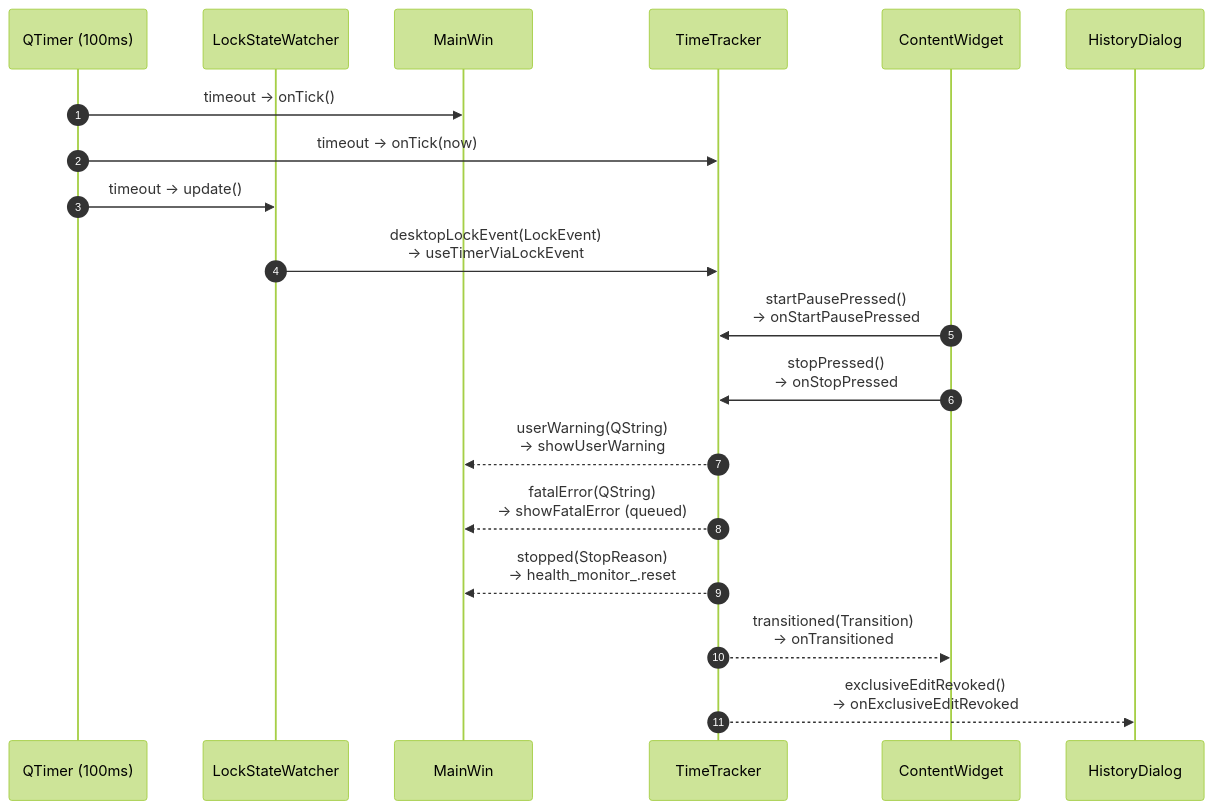
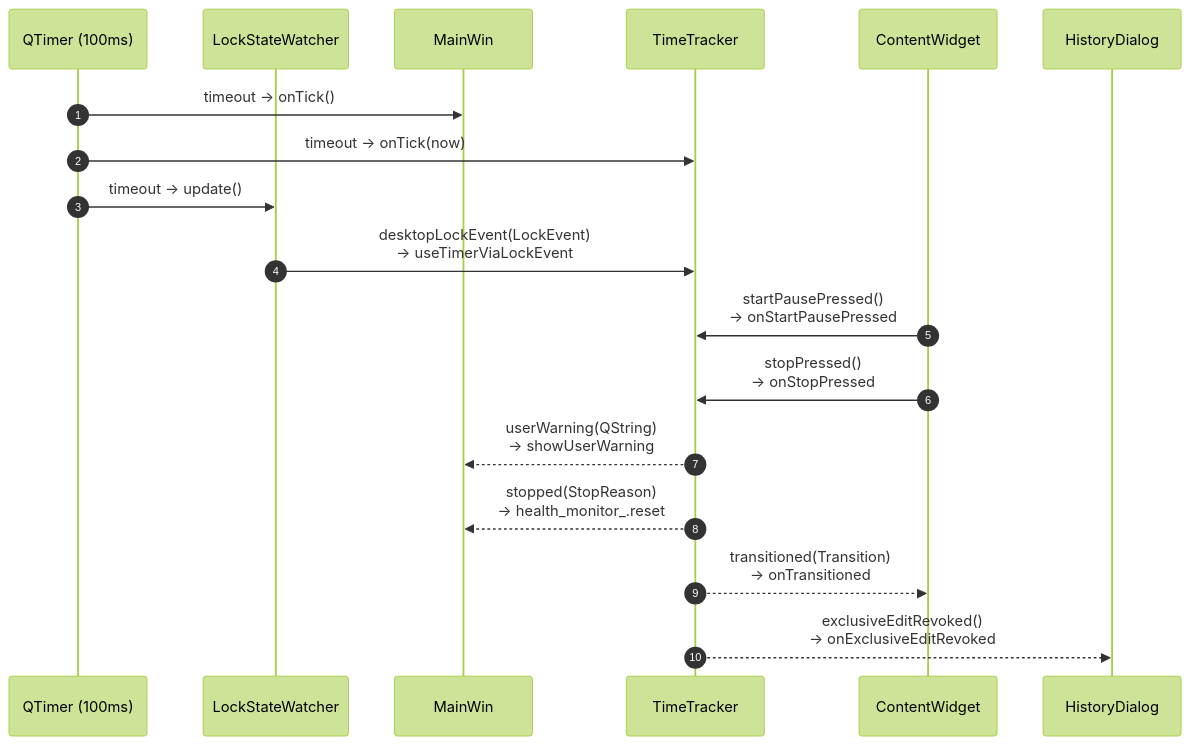
One commit to marifoo/PausePilot changed the second of 2 diagrams in doc/architecture.md. Above: the diagram before and after it, drawn with Mermaid (forest theme). The commit also changed other lines of this file and 16 other files, not shown here.

````diff
--- a/doc/architecture.md
+++ b/doc/architecture.md
@@ -172,22 +172,21 @@
 ```mermaid
 sequenceDiagram
     autonumber
     participant QT as QTimer (100ms)
     participant LW as LockStateWatcher
     participant MW as MainWin
     participant TT as TimeTracker
     participant CW as ContentWidget
     participant HD as HistoryDialog
 
     QT->>MW: timeout → onTick()
     QT->>TT: timeout → onTick(now)
     QT->>LW: timeout → update()
     LW->>TT: desktopLockEvent(LockEvent)<br/>→ useTimerViaLockEvent
     CW->>TT: startPausePressed()<br/>→ onStartPausePressed
     CW->>TT: stopPressed()<br/>→ onStopPressed
     TT-->>MW: userWarning(QString)<br/>→ showUserWarning
-    TT-->>MW: fatalError(QString)<br/>→ showFatalError (queued)
     TT-->>MW: stopped(StopReason)<br/>→ health_monitor_.reset
     TT-->>CW: transitioned(Transition)<br/>→ onTransitioned
     TT-->>HD: exclusiveEditRevoked()<br/>→ onExclusiveEditRevoked
 ```
````
